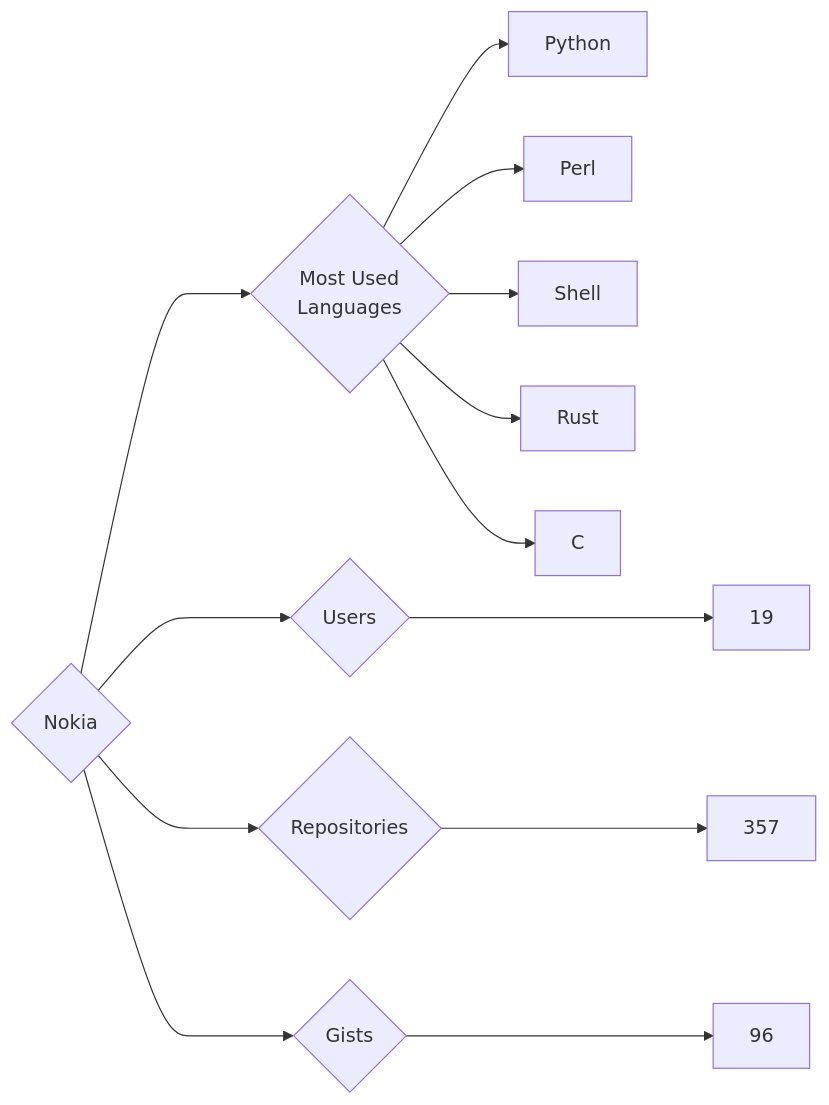
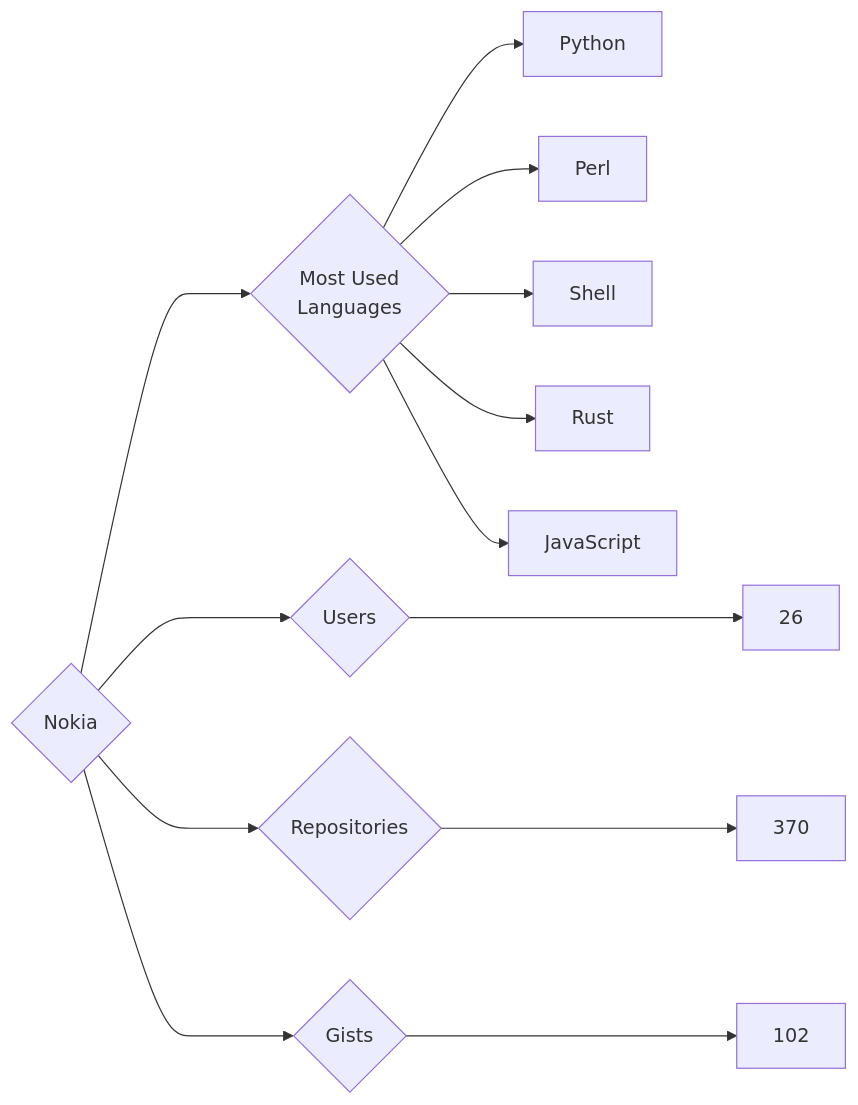
The diagram in targets/Nokia/README.md (trickest/insiders), drawn with Mermaid before and after one commit. The commit also changed 1508 other files, not shown here.

````diff
--- a/targets/Nokia/README.md
+++ b/targets/Nokia/README.md
@@ -3,13 +3,13 @@
 ```mermaid
 graph LR
 COMPANY_NAME{Nokia}
-COMPANY_NAME ---> U{Users} ---> UN[19]
-COMPANY_NAME ---> R{Repositories} ---> RN[357]
-COMPANY_NAME ---> G{Gists} ---> GN[96]
+COMPANY_NAME ---> U{Users} ---> UN[26]
+COMPANY_NAME ---> R{Repositories} ---> RN[370]
+COMPANY_NAME ---> G{Gists} ---> GN[102]
 COMPANY_NAME ---> ML{Most Used<br>Languages}
 ML --> Python[Python]
 ML --> Perl[Perl]
 ML --> Shell[Shell]
 ML --> Rust[Rust]
-ML --> C[C]
+ML --> JavaScript[JavaScript]
 ```
````
